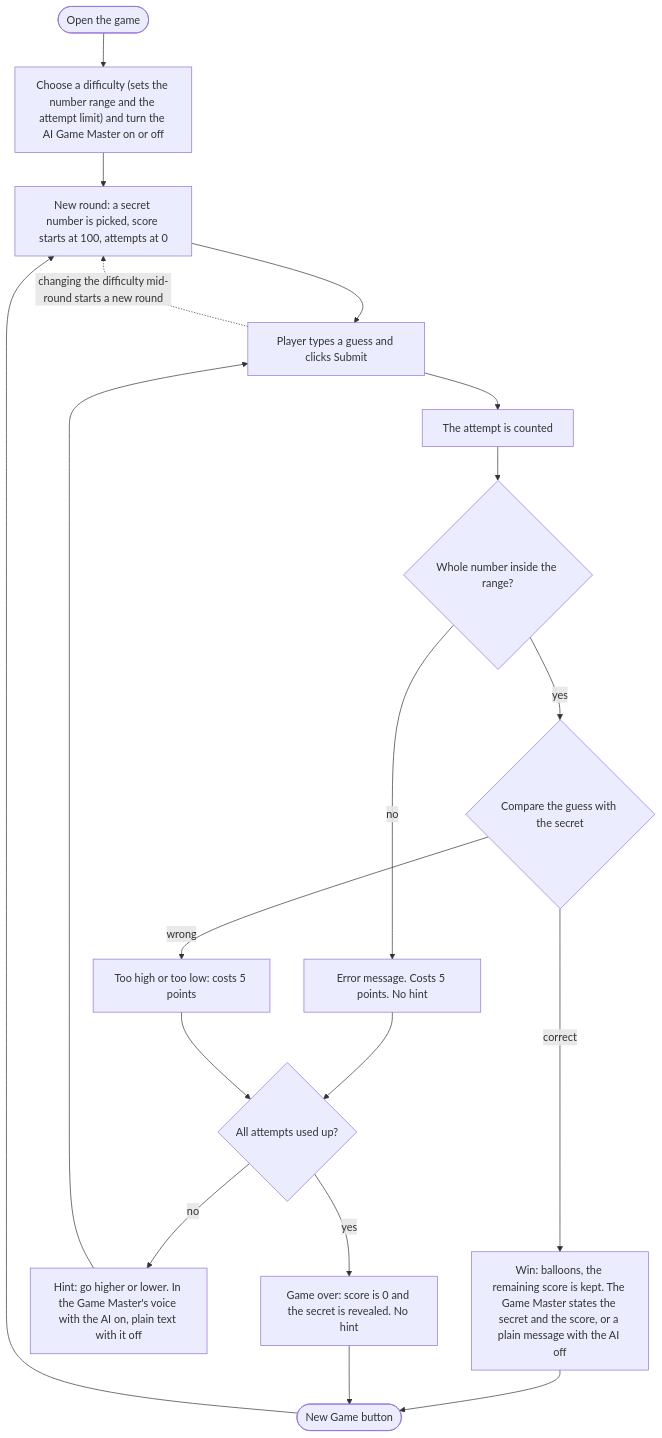
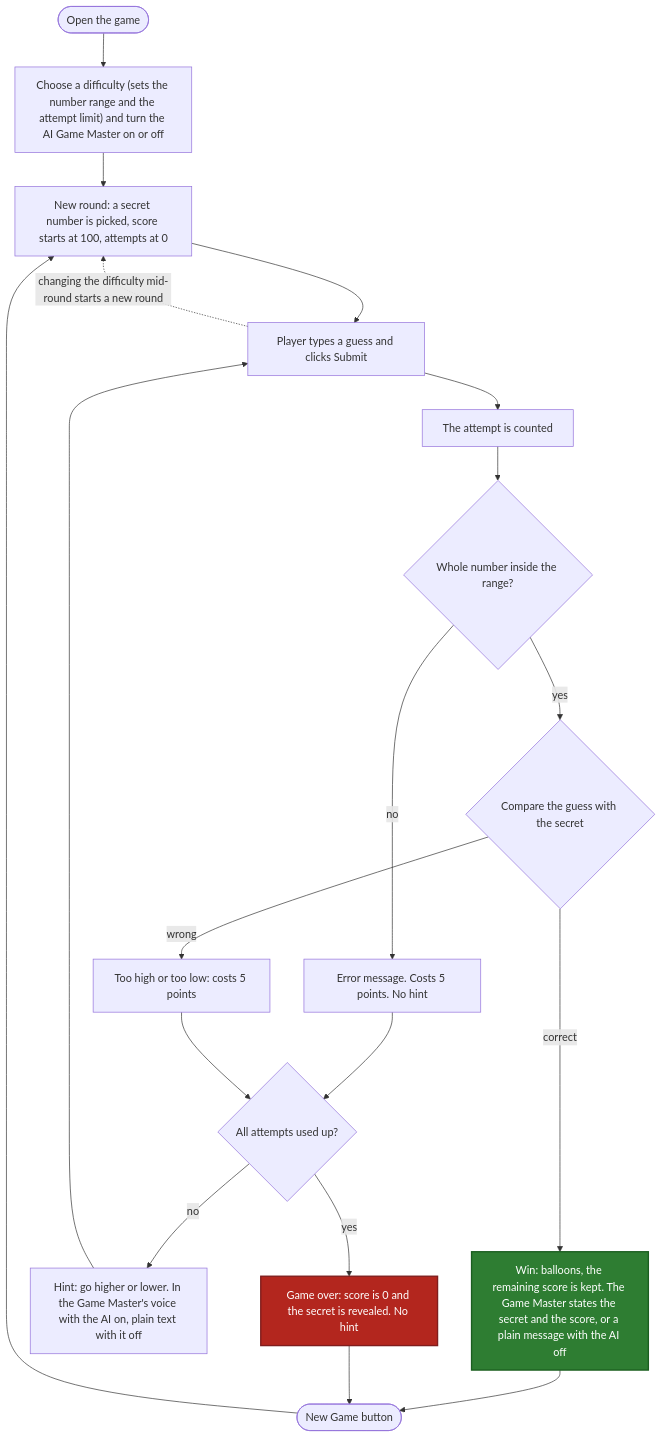
Before and after one commit to ana-lomidze/applied-ai-system-project: the diagram in diagrams/game_flow.mmd, drawn with Mermaid. The commit also changed 5 other files, not shown here.

Commit message:
add .env.example, colour diagrams, small cosmetic fix to app.py

```diff
--- a/diagrams/game_flow.mmd
+++ b/diagrams/game_flow.mmd
@@ -1,36 +1,42 @@
 flowchart TD
     %% Game flow: what the player sees, from opening the game to the end of a round
 
     Start(["Open the game"])
     Setup["Choose a difficulty (sets the number range and the attempt limit) and turn the AI Game Master on or off"]
     NewRound["New round: a secret number is picked, score starts at 100, attempts at 0"]
     Guess["Player types a guess and clicks Submit"]
     Count["The attempt is counted"]
     Valid{"Whole number inside the range?"}
     Invalid["Error message. Costs 5 points. No hint"]
     Compare{"Compare the guess with the secret"}
     Wrong["Too high or too low: costs 5 points"]
     OutOf{"All attempts used up?"}
     Lost["Game over: score is 0 and the secret is revealed. No hint"]
     Hint["Hint: go higher or lower. In the Game Master's voice with the AI on, plain text with it off"]
     Won["Win: balloons, the remaining score is kept. The Game Master states the secret and the score, or a plain message with the AI off"]
     Again(["New Game button"])
 
     Start --> Setup
     Setup --> NewRound
     NewRound --> Guess
     Guess --> Count
     Count --> Valid
     Valid -->|"no"| Invalid
     Valid -->|"yes"| Compare
     Compare -->|"correct"| Won
     Compare -->|"wrong"| Wrong
     Invalid --> OutOf
     Wrong --> OutOf
     OutOf -->|"yes"| Lost
     OutOf -->|"no"| Hint
     Hint --> Guess
     Won --> Again
     Lost --> Again
     Again --> NewRound
     Guess -.->|"changing the difficulty mid-round starts a new round"| NewRound
+
+    %% Colours: green = the round ends well, red = the round is lost (explicit text colours so they read in light and dark mode)
+    classDef good fill:#2e7d32,stroke:#1b5e20,stroke-width:2px,color:#ffffff
+    classDef bad fill:#b3261e,stroke:#7f1d1d,stroke-width:2px,color:#ffffff
+    class Won good
+    class Lost bad
```
